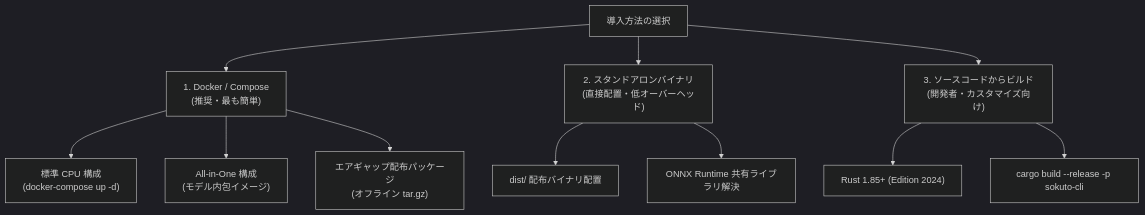
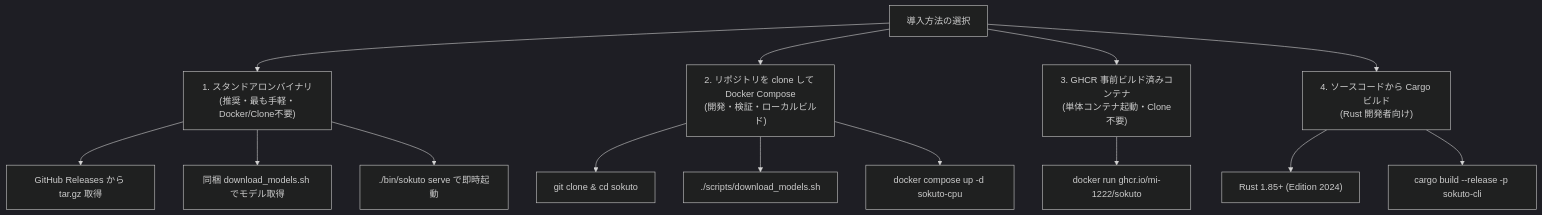
The diagram in docs/getting-started/installation.md (MI-1222/local-jev), drawn with Mermaid (dark theme) before and after one commit. The commit also changed other lines of this file and 5 other files, not shown here.

````diff
--- a/docs/getting-started/installation.md
+++ b/docs/getting-started/installation.md
@@ -5,17 +5,21 @@
 ```mermaid
 flowchart TD
   START["導入方法の選択"]
-  START --> DOCKER["1. Docker / Compose<br/>(推奨・最も簡単)"]
-  START --> BINARY["2. スタンドアロンバイナリ<br/>(直接配置・低オーバーヘッド)"]
-  START --> SOURCE["3. ソースコードからビルド<br/>(開発者・カスタマイズ向け)"]
+  START --> BINARY["1. スタンドアロンバイナリ<br/>(推奨・最も手軽・Docker/Clone不要)"]
+  START --> COMPOSE["2. リポジトリを clone して Docker Compose<br/>(開発・検証・ローカルビルド)"]
+  START --> GHCR["3. GHCR 事前ビルド済みコンテナ<br/>(単体コンテナ起動・Clone不要)"]
+  START --> SOURCE["4. ソースコードから Cargo ビルド<br/>(Rust 開発者向け)"]
 
-  DOCKER --> D1["標準 CPU 構成<br/>(docker-compose up -d)"]
-  DOCKER --> D2["All-in-One 構成<br/>(モデル内包イメージ)"]
-  DOCKER --> D3["エアギャップ配布パッケージ<br/>(オフライン tar.gz)"]
+  BINARY --> B1["GitHub Releases から tar.gz 取得"]
+  BINARY --> B2["同梱 download_models.sh でモデル取得"]
+  BINARY --> B3["./bin/sokuto serve で即時起動"]
 
-  BINARY --> B1["dist/ 配布バイナリ配置"]
-  BINARY --> B2["ONNX Runtime 共有ライブラリ解決"]
+  COMPOSE --> C1["git clone & cd sokuto"]
+  COMPOSE --> C2["./scripts/download_models.sh"]
+  COMPOSE --> C3["docker compose up -d sokuto-cpu"]
+
+  GHCR --> G1["docker run ghcr.io/mi-1222/sokuto"]
 
   SOURCE --> S1["Rust 1.85+ (Edition 2024)"]
   SOURCE --> S2["cargo build --release -p sokuto-cli"]
 ```
````
